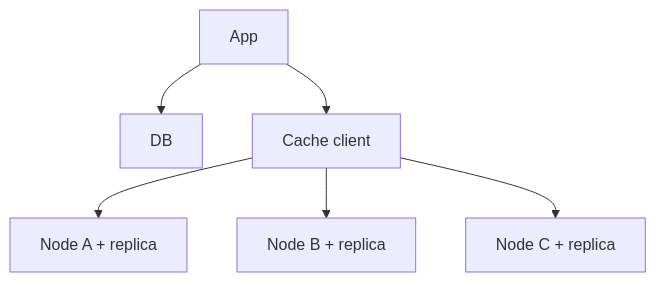
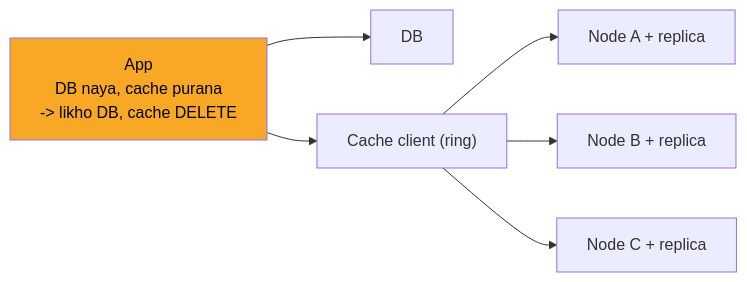
One commit to ArpanMaheshwari144/Prep changed the fifth of 8 diagrams in 04_HLD/SYSTEM_DESIGNS/10_distributed_cache/10_distributed_cache.md. Above: the diagram before and after it, drawn with Mermaid. The commit also changed other lines of this file and 2 other files, not shown here.

Commit message:
news, bookmyshow, cache: one-day story, short cards, follow-ups with rules, highlighted diagrams

````diff
--- a/04_HLD/SYSTEM_DESIGNS/10_distributed_cache/10_distributed_cache.md
+++ b/04_HLD/SYSTEM_DESIGNS/10_distributed_cache/10_distributed_cache.md
@@ -221,14 +221,15 @@
 ```mermaid
-flowchart TD
-    n_App["App"]
+flowchart LR
+    n_App["App<br/>DB naya, cache purana<br/>-> likho DB, cache DELETE"]
     n_DB["DB"]
-    n_Cache_client["Cache client"]
+    n_Cache_client["Cache client (ring)"]
     n_Node_A_replica["Node A + replica"]
     n_Node_B_replica["Node B + replica"]
     n_Node_C_replica["Node C + replica"]
     n_App --> n_DB
     n_App --> n_Cache_client
     n_Cache_client --> n_Node_A_replica
     n_Cache_client --> n_Node_B_replica
     n_Cache_client --> n_Node_C_replica
+    style n_App fill:#f9a825,color:#000
 ```
````
